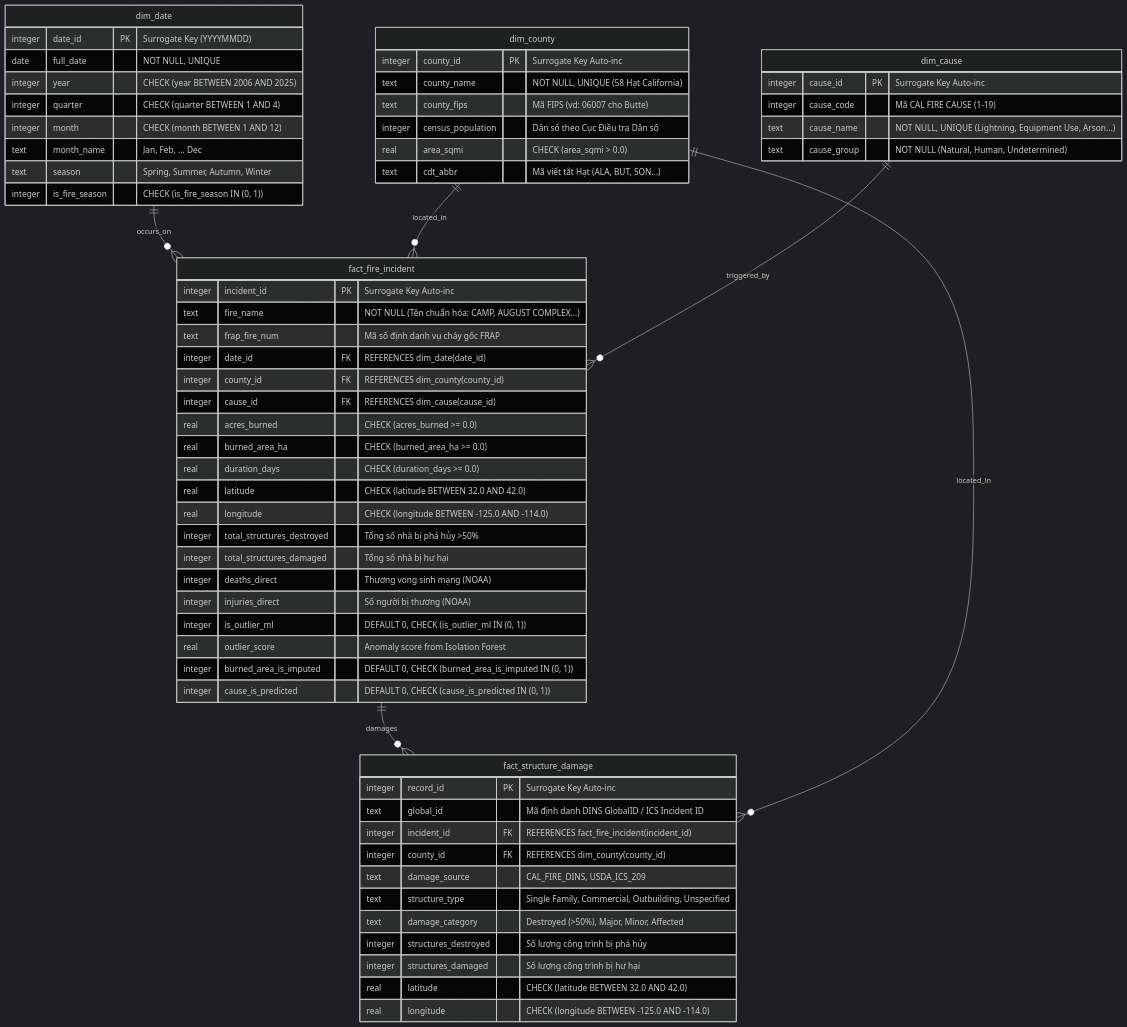
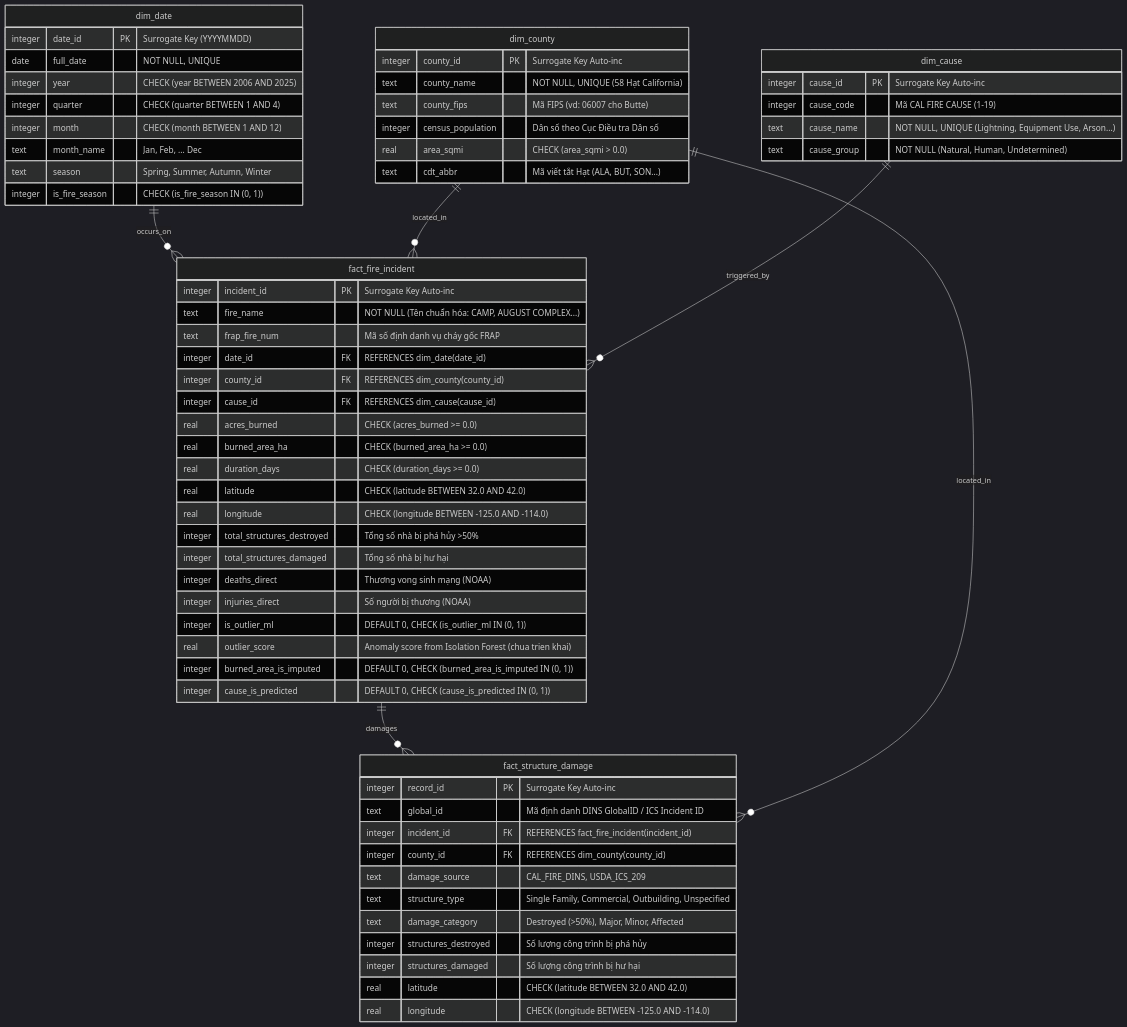
Before and after one commit to tpdk0105/IDV_TTDL: the diagram in docs/ERD.md, drawn with Mermaid (dark theme). The commit also changed other lines of this file and 3 other files, not shown here.

````diff
--- a/docs/ERD.md
+++ b/docs/ERD.md
@@ -21,71 +21,71 @@
 ```mermaid
 erDiagram
     dim_date ||--o{ fact_fire_incident : "occurs_on"
     dim_county ||--o{ fact_fire_incident : "located_in"
     dim_cause ||--o{ fact_fire_incident : "triggered_by"
     fact_fire_incident ||--o{ fact_structure_damage : "damages"
     dim_county ||--o{ fact_structure_damage : "located_in"
 
     dim_date {
         integer date_id PK "Surrogate Key (YYYYMMDD)"
         date full_date "NOT NULL, UNIQUE"
         integer year "CHECK (year BETWEEN 2006 AND 2025)"
         integer quarter "CHECK (quarter BETWEEN 1 AND 4)"
         integer month "CHECK (month BETWEEN 1 AND 12)"
         text month_name "Jan, Feb, ... Dec"
         text season "Spring, Summer, Autumn, Winter"
         integer is_fire_season "CHECK (is_fire_season IN (0, 1))"
     }
 
     dim_county {
         integer county_id PK "Surrogate Key Auto-inc"
         text county_name "NOT NULL, UNIQUE (58 Hạt California)"
         text county_fips "Mã FIPS (vd: 06007 cho Butte)"
         integer census_population "Dân số theo Cục Điều tra Dân số"
         real area_sqmi "CHECK (area_sqmi > 0.0)"
         text cdt_abbr "Mã viết tắt Hạt (ALA, BUT, SON...)"
     }
 
     dim_cause {
         integer cause_id PK "Surrogate Key Auto-inc"
         integer cause_code "Mã CAL FIRE CAUSE (1-19)"
         text cause_name "NOT NULL, UNIQUE (Lightning, Equipment Use, Arson...)"
         text cause_group "NOT NULL (Natural, Human, Undetermined)"
     }
 
     fact_fire_incident {
         integer incident_id PK "Surrogate Key Auto-inc"
         text fire_name "NOT NULL (Tên chuẩn hóa: CAMP, AUGUST COMPLEX...)"
         text frap_fire_num "Mã số định danh vụ cháy gốc FRAP"
         integer date_id FK "REFERENCES dim_date(date_id)"
         integer county_id FK "REFERENCES dim_county(county_id)"
         integer cause_id FK "REFERENCES dim_cause(cause_id)"
         real acres_burned "CHECK (acres_burned >= 0.0)"
         real burned_area_ha "CHECK (burned_area_ha >= 0.0)"
         real duration_days "CHECK (duration_days >= 0.0)"
         real latitude "CHECK (latitude BETWEEN 32.0 AND 42.0)"
         real longitude "CHECK (longitude BETWEEN -125.0 AND -114.0)"
         integer total_structures_destroyed "Tổng số nhà bị phá hủy >50%"
         integer total_structures_damaged "Tổng số nhà bị hư hại"
         integer deaths_direct "Thương vong sinh mạng (NOAA)"
         integer injuries_direct "Số người bị thương (NOAA)"
         integer is_outlier_ml "DEFAULT 0, CHECK (is_outlier_ml IN (0, 1))"
-        real outlier_score "Anomaly score from Isolation Forest"
+        real outlier_score "Anomaly score from Isolation Forest (chua trien khai)"
         integer burned_area_is_imputed "DEFAULT 0, CHECK (burned_area_is_imputed IN (0, 1))"
         integer cause_is_predicted "DEFAULT 0, CHECK (cause_is_predicted IN (0, 1))"
     }
 
     fact_structure_damage {
         integer record_id PK "Surrogate Key Auto-inc"
         text global_id "Mã định danh DINS GlobalID / ICS Incident ID"
         integer incident_id FK "REFERENCES fact_fire_incident(incident_id)"
         integer county_id FK "REFERENCES dim_county(county_id)"
         text damage_source "CAL_FIRE_DINS, USDA_ICS_209"
         text structure_type "Single Family, Commercial, Outbuilding, Unspecified"
         text damage_category "Destroyed (>50%), Major, Minor, Affected"
         integer structures_destroyed "Số lượng công trình bị phá hủy"
         integer structures_damaged "Số lượng công trình bị hư hại"
         real latitude "CHECK (latitude BETWEEN 32.0 AND 42.0)"
         real longitude "CHECK (longitude BETWEEN -125.0 AND -114.0)"
     }
 ```
````
